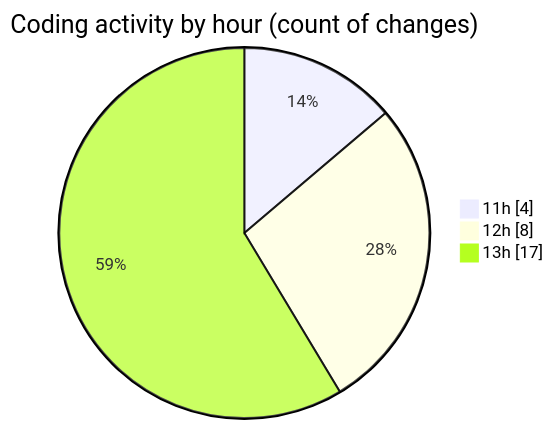
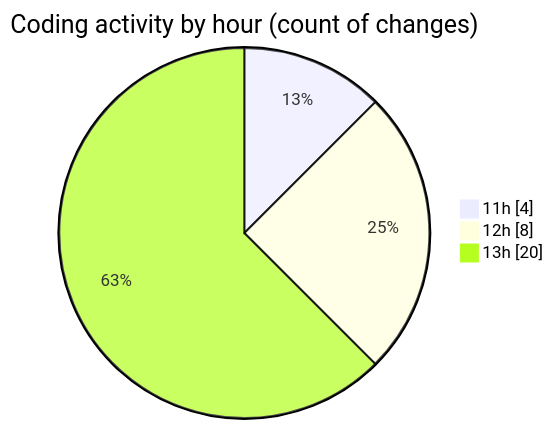
Before and after one commit to momahboobian/code-tracking: the second of 2 diagrams in 2025-08-07/cda/README.md, drawn with Mermaid. The commit also changed other lines of this file and 1 other file, not shown here.

````diff
--- a/2025-08-07/cda/README.md
+++ b/2025-08-07/cda/README.md
@@ -28,7 +29,7 @@
 ```mermaid
 pie showData
 title Coding activity by hour (count of changes)
 "11h" : 4
 "12h" : 8
-"13h" : 17
+"13h" : 20
 ```
````
